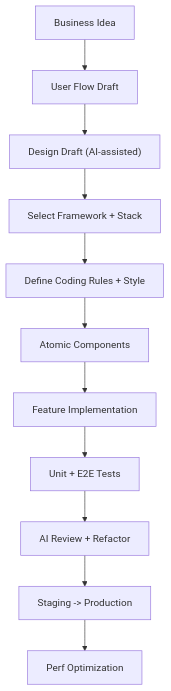
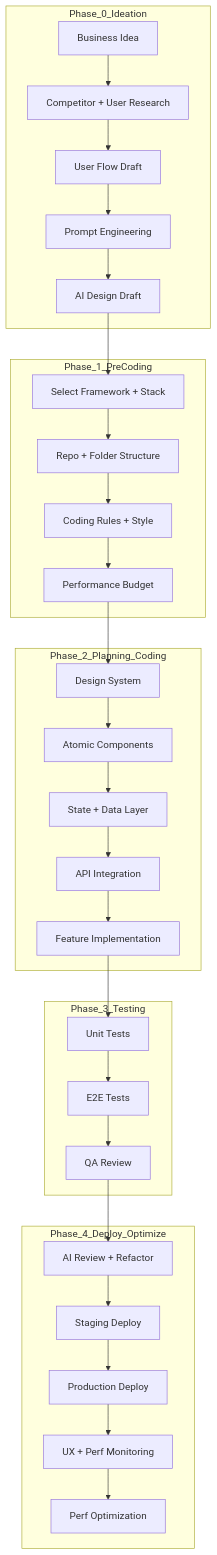
Before and after one commit to AnyAxis-Labs/sdlc-visualization: the third of 3 diagrams in Workflow Synthesize/flows/ai-integrated-frontend-product.md, drawn with Mermaid. The commit also changed 1 other file, not shown here.

Commit message:
docs: deepen ai workflow low levels

````diff
--- a/Workflow Synthesize/flows/ai-integrated-frontend-product.md
+++ b/Workflow Synthesize/flows/ai-integrated-frontend-product.md
@@ -63,13 +63,49 @@
 ```mermaid
 graph TB
-    Idea["Business Idea"] --> UX["User Flow Draft"]
-    UX --> Design["Design Draft (AI-assisted)"]
-    Design --> Framework["Select Framework + Stack"]
-    Framework --> Rules["Define Coding Rules + Style"]
-    Rules --> Components["Atomic Components"]
-    Components --> Build["Feature Implementation"]
-    Build --> Tests["Unit + E2E Tests"]
-    Tests --> Review["AI Review + Refactor"]
-    Review --> Deploy["Staging -> Production"]
-    Deploy --> Optimize["Perf Optimization"]
+    subgraph Phase_0_Ideation
+        Idea["Business Idea"]
+        Research["Competitor + User Research"]
+        Flows["User Flow Draft"]
+        Prompt["Prompt Engineering"]
+        Draft["AI Design Draft"]
+        Idea --> Research --> Flows --> Prompt --> Draft
+    end
+
+    subgraph Phase_1_PreCoding
+        Stack["Select Framework + Stack"]
+        Structure["Repo + Folder Structure"]
+        Rules["Coding Rules + Style"]
+        PerfBudget["Performance Budget"]
+        Stack --> Structure --> Rules --> PerfBudget
+    end
+
+    subgraph Phase_2_Planning_Coding
+        System["Design System"]
+        Components["Atomic Components"]
+        State["State + Data Layer"]
+        API["API Integration"]
+        Build["Feature Implementation"]
+        System --> Components --> State --> API --> Build
+    end
+
+    subgraph Phase_3_Testing
+        Unit["Unit Tests"]
+        E2E["E2E Tests"]
+        QA["QA Review"]
+        Unit --> E2E --> QA
+    end
+
+    subgraph Phase_4_Deploy_Optimize
+        Review["AI Review + Refactor"]
+        Staging["Staging Deploy"]
+        Prod["Production Deploy"]
+        Monitor["UX + Perf Monitoring"]
+        Optimize["Perf Optimization"]
+        Review --> Staging --> Prod --> Monitor --> Optimize
+    end
+
+    Draft --> Stack
+    PerfBudget --> System
+    Build --> Unit
+    QA --> Review
 ```
````
